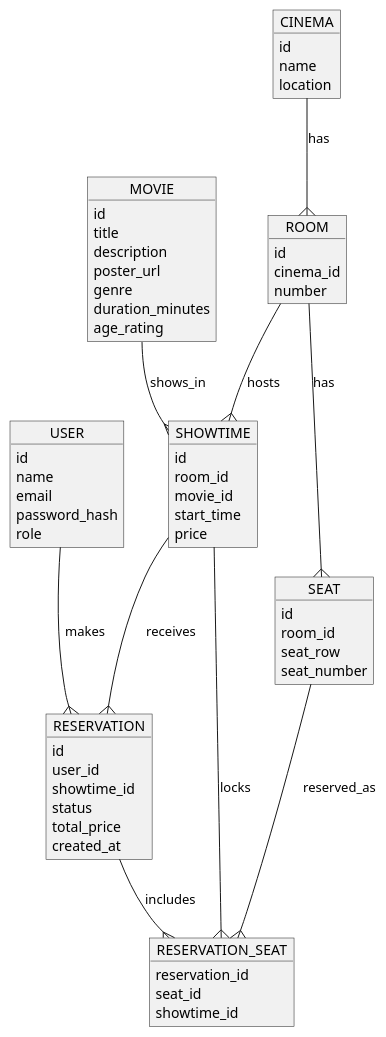
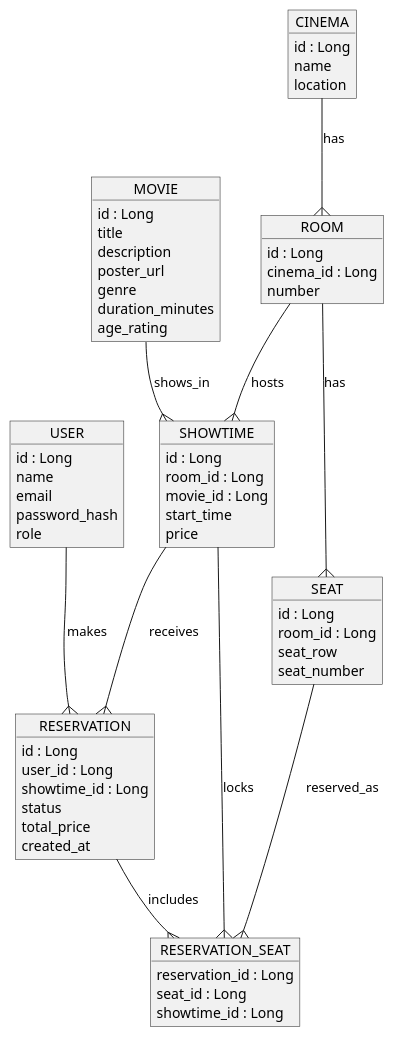
The diagram in docs/er-diagram..puml (hugobumba/cinema-system), drawn with PlantUML before and after one commit. The commit also changed 20 other files, not shown here.

```diff
--- a/docs/er-diagram..puml
+++ b/docs/er-diagram..puml
@@ -2,73 +2,73 @@
 @startuml
 
 object USER {
-    id
+    id : Long
     name
     email
     password_hash
     role
 }
 
 object CINEMA {
-    id
+    id : Long
     name
     location
 }
 
 object ROOM {
-    id
-    cinema_id
+    id : Long
+    cinema_id : Long
     number
 }
 
 object SEAT {
-    id
-    room_id
+    id : Long
+    room_id : Long
     seat_row
     seat_number
 }
 
 object MOVIE {
-    id
+    id : Long
     title
     description
     poster_url
     genre
     duration_minutes
     age_rating
 }
 
 object SHOWTIME {
-    id
-    room_id
-    movie_id
+    id : Long
+    room_id : Long
+    movie_id : Long
     start_time
     price
 }
 
 object RESERVATION {
-    id
-    user_id
-    showtime_id
+    id : Long
+    user_id : Long
+    showtime_id : Long
     status
     total_price
     created_at
 }
 
 object RESERVATION_SEAT {
-    reservation_id
-    seat_id
-    showtime_id
+    reservation_id : Long
+    seat_id : Long
+    showtime_id : Long
 }
 
 USER --{ RESERVATION : makes
 CINEMA --{ ROOM : has
 ROOM --{ SEAT : has
 ROOM --{ SHOWTIME : hosts
 MOVIE --{ SHOWTIME : shows_in
 SHOWTIME --{ RESERVATION : receives
 RESERVATION --{ RESERVATION_SEAT : includes
 SEAT --{ RESERVATION_SEAT : reserved_as
 SHOWTIME --{ RESERVATION_SEAT : locks
 
 @enduml
```
